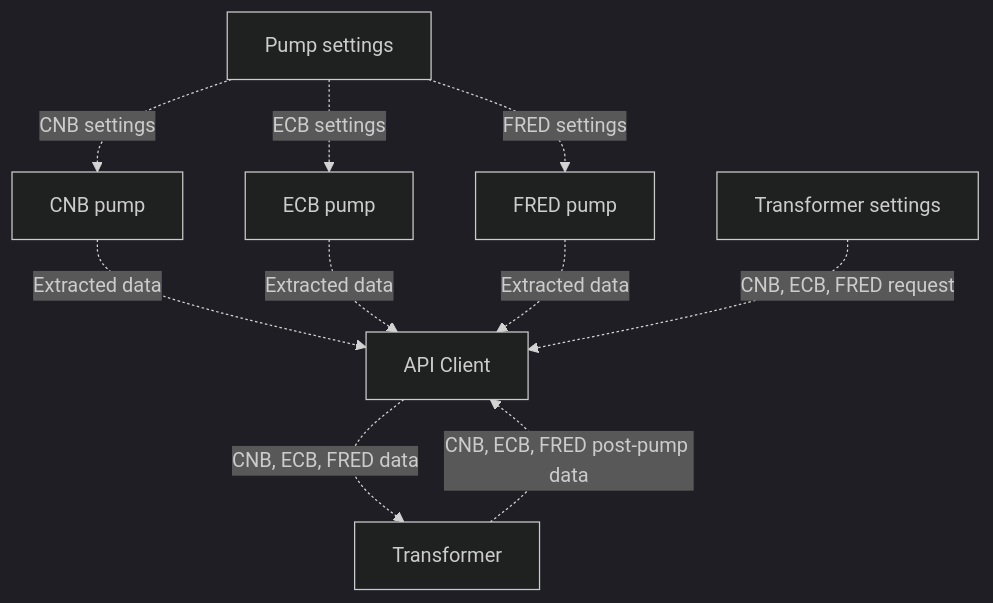
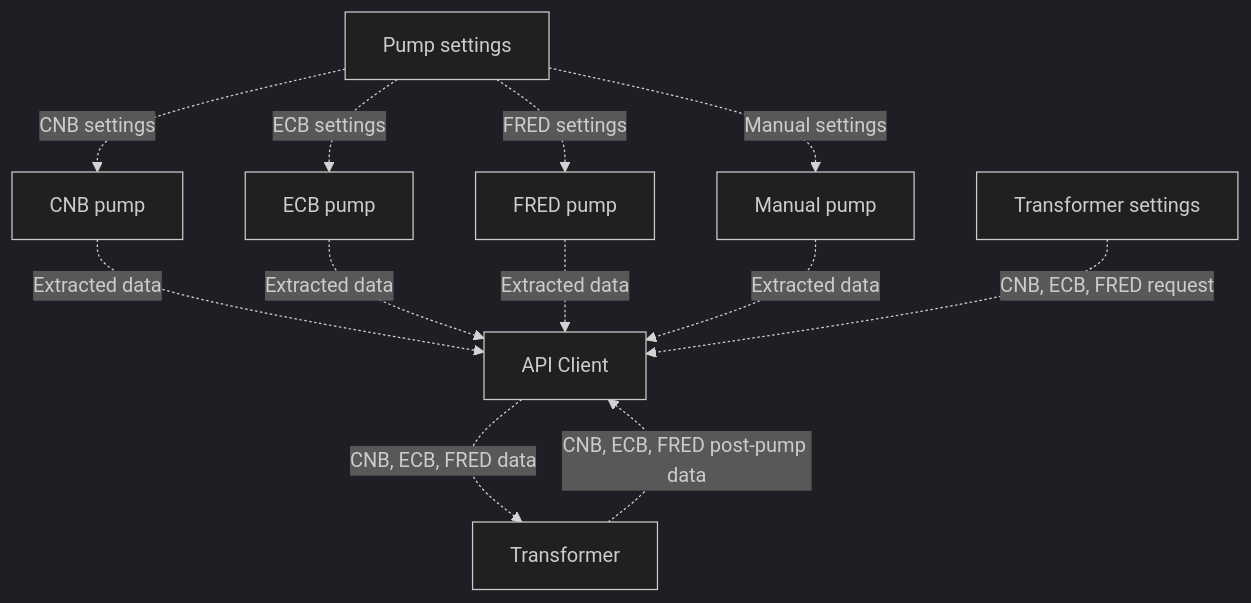
One commit to OGR-EIU/docs-workflows changed the second of 2 diagrams in pump-workflow.md. Above: the diagram before and after it, drawn with Mermaid (dark theme). The commit also changed 1 other file, not shown here.

Commit message:
Forecast workflow docs

````diff
--- a/pump-workflow.md
+++ b/pump-workflow.md
@@ -31,9 +31,10 @@
 ```mermaid
 flowchart TD
 	WKP[Pump settings] -.CNB settings.-> CNB[CNB pump] -.Extracted data.-> API[API Client]
 	WKP[Pump settings] -.ECB settings.-> ECB[ECB pump] -.Extracted data.-> API[API Client]
 	WKP[Pump settings] -.FRED settings.-> FRD[FRED pump] -.Extracted data.-> API[API Client]
+	WKP[Pump settings] -.Manual settings.-> MAN[Manual pump] -.Extracted data.-> API[API Client]
 	
 	WKT[Transformer settings] -.CNB, ECB, FRED request.-> API[API Client] -.CNB, ECB, FRED data.-> TRN[Transformer]
 	TRN[Transformer] -.CNB, ECB, FRED post-pump data.-> API[API Client]
 ```
````
